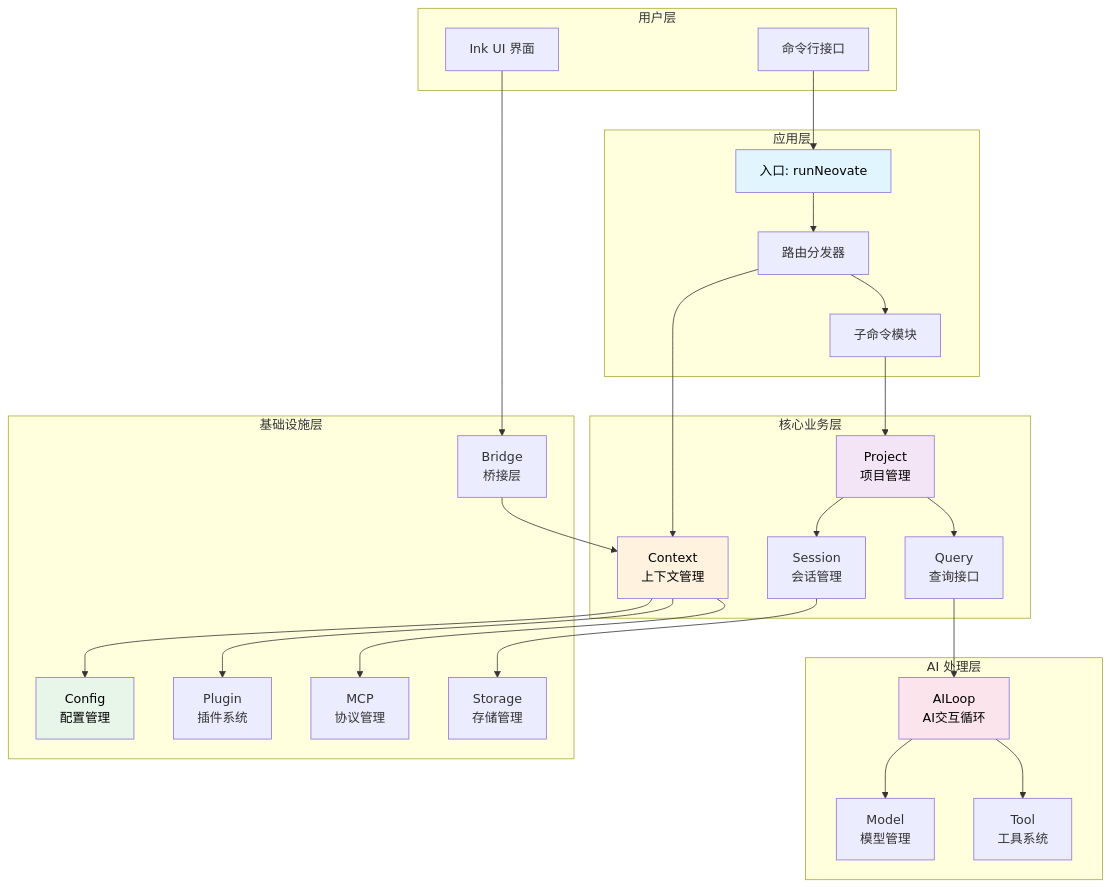
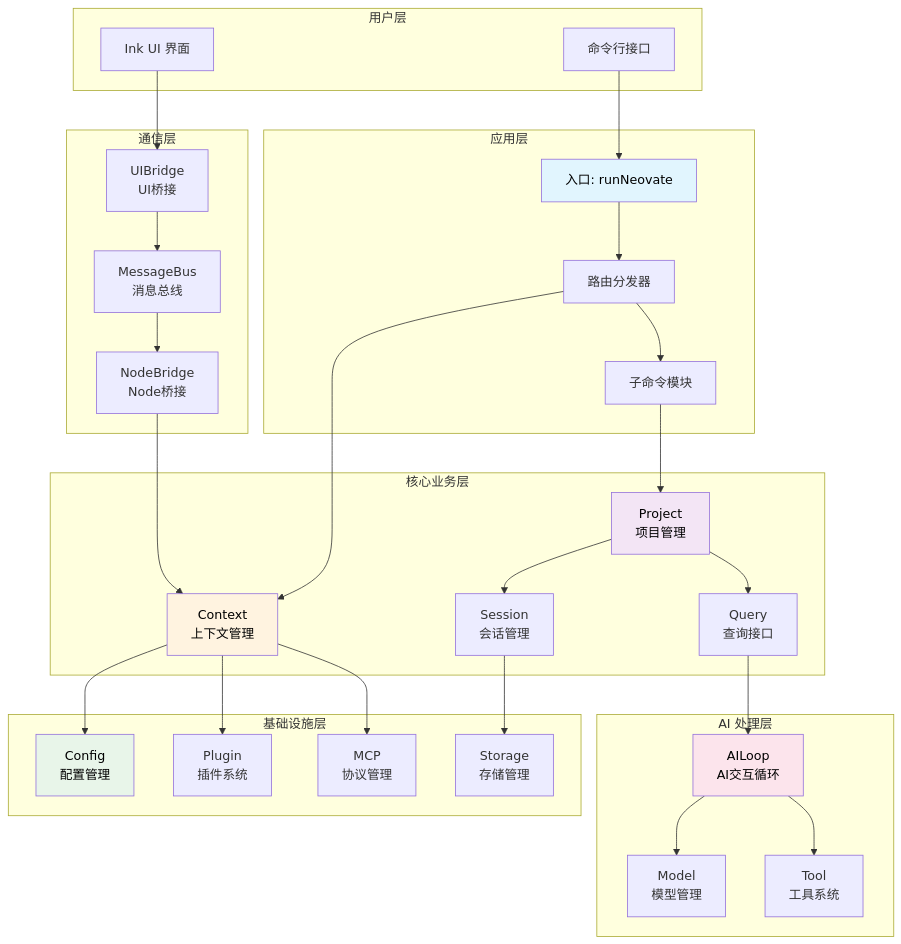
The first of 11 diagrams in docs/arch.md (cloudyan/neovate-code), drawn with Mermaid before and after one commit. The commit also changed other lines of this file and 7 other files, not shown here.

Commit message:
docs: update architecture documentation with new bridge and session management details

````diff
--- a/docs/arch.md
+++ b/docs/arch.md
@@ -80,57 +80,64 @@
 ```mermaid
 graph TB
     subgraph "用户层"
         CLI[命令行接口]
         UI[Ink UI 界面]
     end
 
     subgraph "应用层"
         Entry[入口: runNeovate]
         Router[路由分发器]
         Commands[子命令模块]
     end
 
     subgraph "核心业务层"
         Context[Context<br/>上下文管理]
         Project[Project<br/>项目管理]
         Session[Session<br/>会话管理]
         Query[Query<br/>查询接口]
     end
 
     subgraph "AI 处理层"
         AILoop[AILoop<br/>AI交互循环]
         Model[Model<br/>模型管理]
         Tool[Tool<br/>工具系统]
     end
 
+    subgraph "通信层"
+        MessageBus[MessageBus<br/>消息总线]
+        UIBridge[UIBridge<br/>UI桥接]
+        NodeBridge[NodeBridge<br/>Node桥接]
+    end
+
     subgraph "基础设施层"
         Config[Config<br/>配置管理]
         Plugin[Plugin<br/>插件系统]
         MCP[MCP<br/>协议管理]
-        Bridge[Bridge<br/>桥接层]
         Storage[Storage<br/>存储管理]
     end
 
     CLI --> Entry
-    UI --> Bridge
+    UI --> UIBridge
+    UIBridge --> MessageBus
+    MessageBus --> NodeBridge
+    NodeBridge --> Context
     Entry --> Router
     Router --> Commands
     Router --> Context
     Commands --> Project
     Project --> Session
     Project --> Query
     Query --> AILoop
     AILoop --> Model
     AILoop --> Tool
     Context --> Config
     Context --> Plugin
     Context --> MCP
-    Bridge --> Context
     Session --> Storage
 
     style Entry fill:#e1f5fe,color:#000
     style Context fill:#fff3e0,color:#000
     style Project fill:#f3e5f5,color:#000
     style AILoop fill:#fce4ec,color:#000
     style Config fill:#e8f5e9,color:#000
 ```
````
